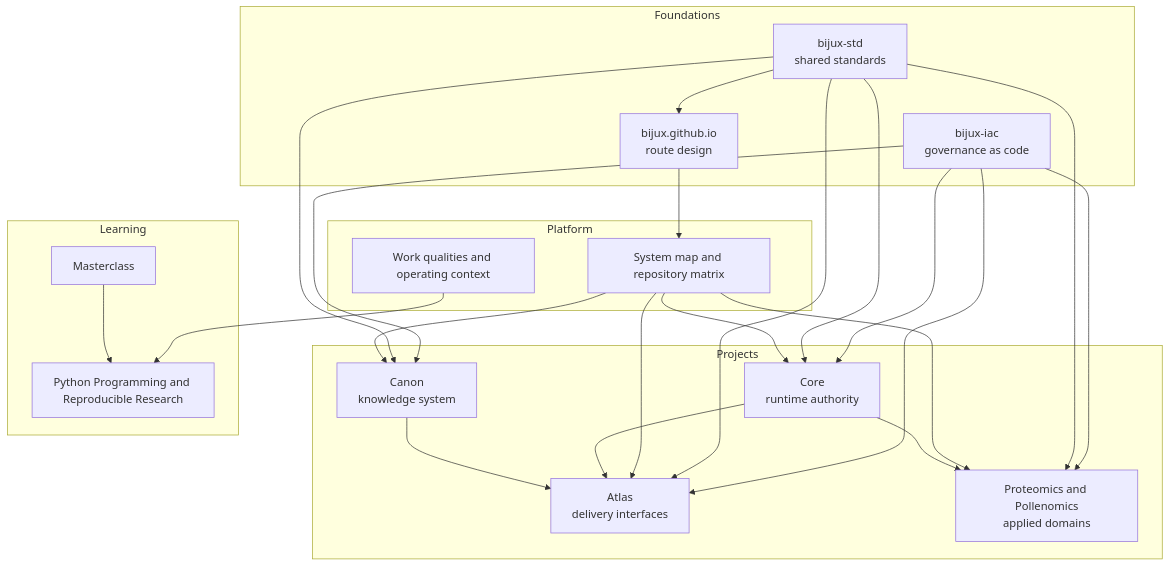
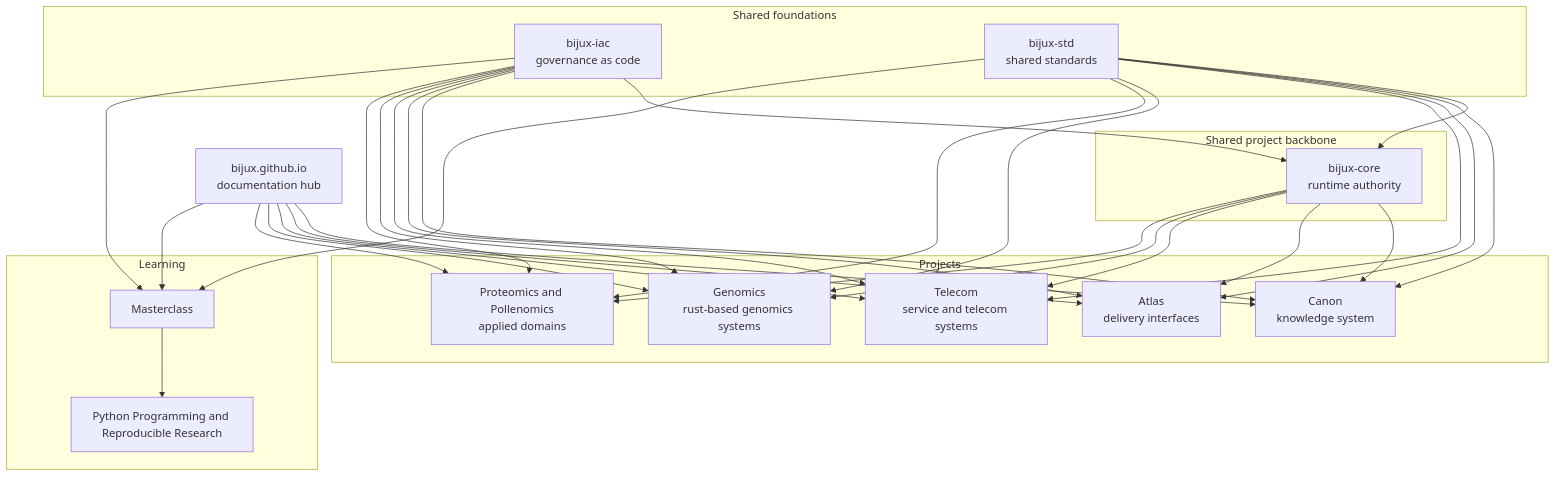
Before and after one commit to bijux/bijux.github.io: the diagram in docs/01-platform/system-map/index.md, drawn with Mermaid. The commit also changed other lines of this file, not shown here.

Commit message:
docs(platform): correct system map hierarchy

````diff
--- a/docs/01-platform/system-map/index.md
+++ b/docs/01-platform/system-map/index.md
@@ -28,45 +28,53 @@
 ```mermaid
 graph TD
-    subgraph foundations["Foundations"]
+    subgraph foundations["Shared foundations"]
         iac["bijux-iac<br/>governance as code"]
         std["bijux-std<br/>shared standards"]
-        hub["bijux.github.io<br/>route design"]
     end
 
-    subgraph platform["Platform"]
-        maps["System map and repository matrix"]
-        qualities["Work qualities and operating context"]
+    hub["bijux.github.io<br/>documentation hub"]
+
+    subgraph backbone["Shared project backbone"]
+        core["bijux-core<br/>runtime authority"]
     end
 
     subgraph projects["Projects"]
-        core["Core<br/>runtime authority"]
         canon["Canon<br/>knowledge system"]
         atlas["Atlas<br/>delivery interfaces"]
+        telecom["Telecom<br/>service and telecom systems"]
+        genomics["Genomics<br/>rust-based genomics systems"]
         domains["Proteomics and Pollenomics<br/>applied domains"]
     end
 
     subgraph learning["Learning"]
         masterclass["Masterclass"]
         programs["Python Programming and Reproducible Research"]
     end
 
     iac --> core
     iac --> canon
     iac --> atlas
+    iac --> telecom
+    iac --> genomics
     iac --> domains
-    std --> hub
+    iac --> masterclass
     std --> core
     std --> canon
     std --> atlas
+    std --> telecom
+    std --> genomics
     std --> domains
-    hub --> maps
-    maps --> core
-    maps --> canon
-    maps --> atlas
-    maps --> domains
-    qualities --> programs
+    std --> masterclass
+    hub --> canon
+    hub --> atlas
+    hub --> telecom
+    hub --> genomics
+    hub --> domains
+    hub --> masterclass
+    core --> canon
     core --> atlas
+    core --> telecom
+    core --> genomics
     core --> domains
-    canon --> atlas
     masterclass --> programs
 ```
````
